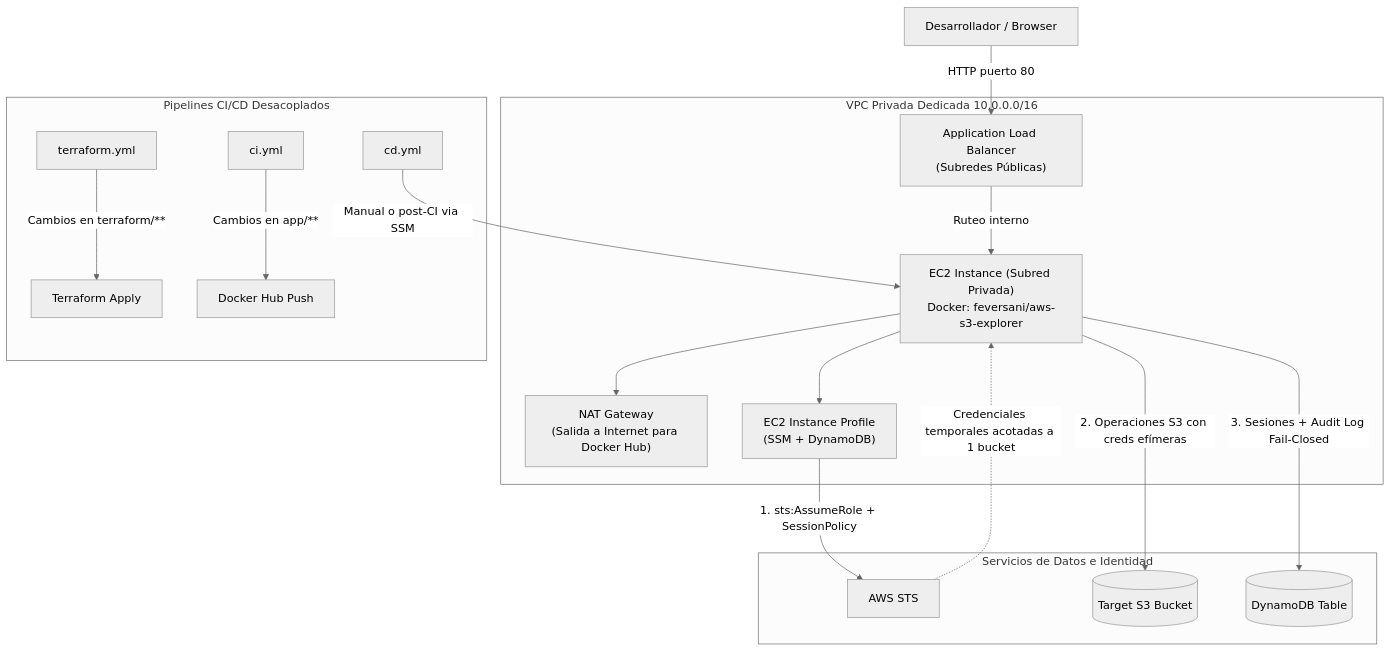
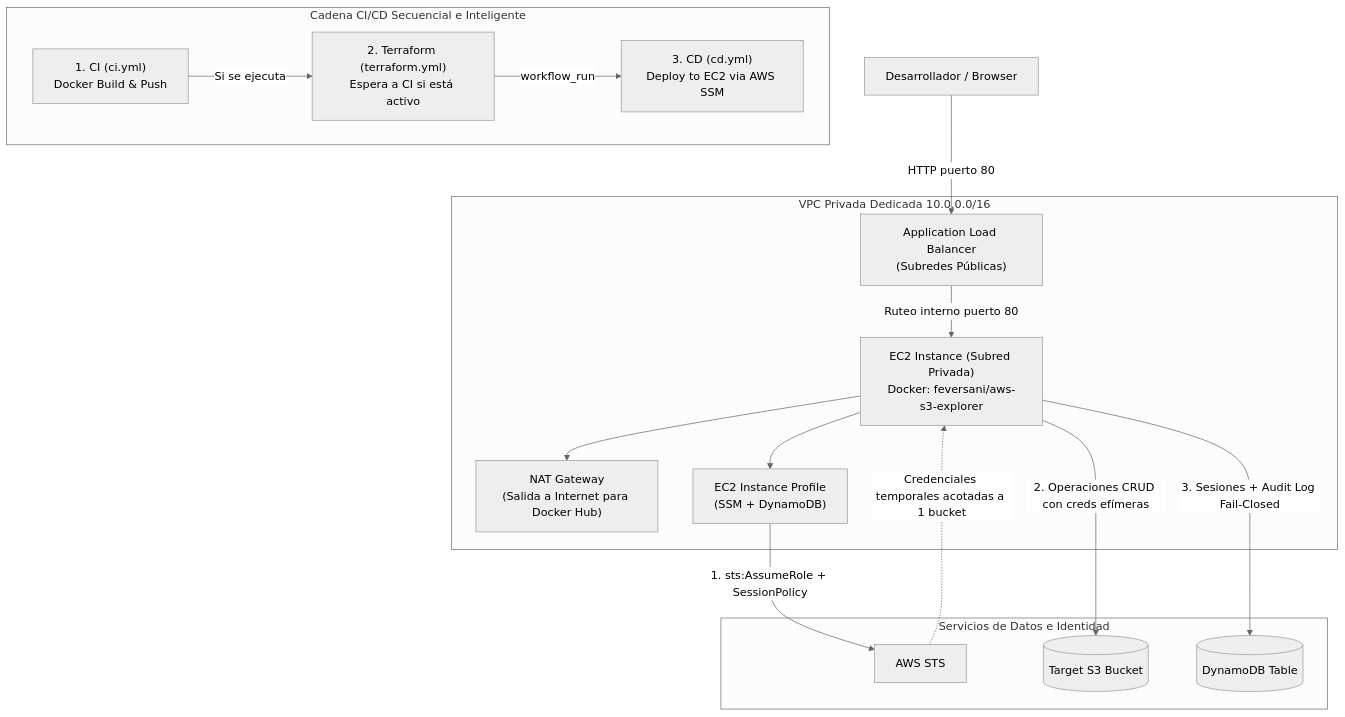
One commit to feversani-labs/aws-s3-explorer changed the diagram in README.md. Above: the diagram before and after it, drawn with Mermaid (neutral theme). The commit also changed other lines of this file and 6 other files, not shown here.

````diff
--- a/README.md
+++ b/README.md
@@ -23,23 +23,22 @@
 ```mermaid
 flowchart TB
     Dev[Desarrollador / Browser] -->|HTTP puerto 80| ALB["Application Load Balancer<br>(Subredes Públicas)"]
     
     subgraph VPC [VPC Privada Dedicada 10.0.0.0/16]
-        ALB -->|Ruteo interno| EC2["EC2 Instance (Subred Privada)<br>Docker: feversani/aws-s3-explorer"]
+        ALB -->|Ruteo interno puerto 80| EC2["EC2 Instance (Subred Privada)<br>Docker: feversani/aws-s3-explorer"]
         EC2 --> NAT["NAT Gateway<br>(Salida a Internet para Docker Hub)"]
         EC2 --> IMDS["EC2 Instance Profile<br>(SSM + DynamoDB)"]
     end
 
     subgraph AWS_Services [Servicios de Datos e Identidad]
         IMDS -->|1. sts:AssumeRole + SessionPolicy| STS[AWS STS]
         STS -.->|Credenciales temporales acotadas a 1 bucket| EC2
-        EC2 -->|2. Operaciones S3 con creds efímeras| S3[(Target S3 Bucket)]
+        EC2 -->|2. Operaciones CRUD con creds efímeras| S3[(Target S3 Bucket)]
         EC2 -->|3. Sesiones + Audit Log Fail-Closed| DDB[(DynamoDB Table)]
     end
 
-    subgraph Pipelines [Pipelines CI/CD Desacoplados]
-        GHA1["terraform.yml"] -->|Cambios en terraform/**| TF["Terraform Apply"]
-        GHA2["ci.yml"] -->|Cambios en app/**| DH["Docker Hub Push"]
-        GHA3["cd.yml"] -->|Manual o post-CI via SSM| EC2
+    subgraph Pipelines [Cadena CI/CD Secuencial e Inteligente]
+        GHA1["1. CI (ci.yml)<br>Docker Build & Push"] -->|Si se ejecuta| GHA2["2. Terraform (terraform.yml)<br>Espera a CI si está activo"]
+        GHA2 -->|workflow_run| GHA3["3. CD (cd.yml)<br>Deploy to EC2 via AWS SSM"]
     end
 ```
````
